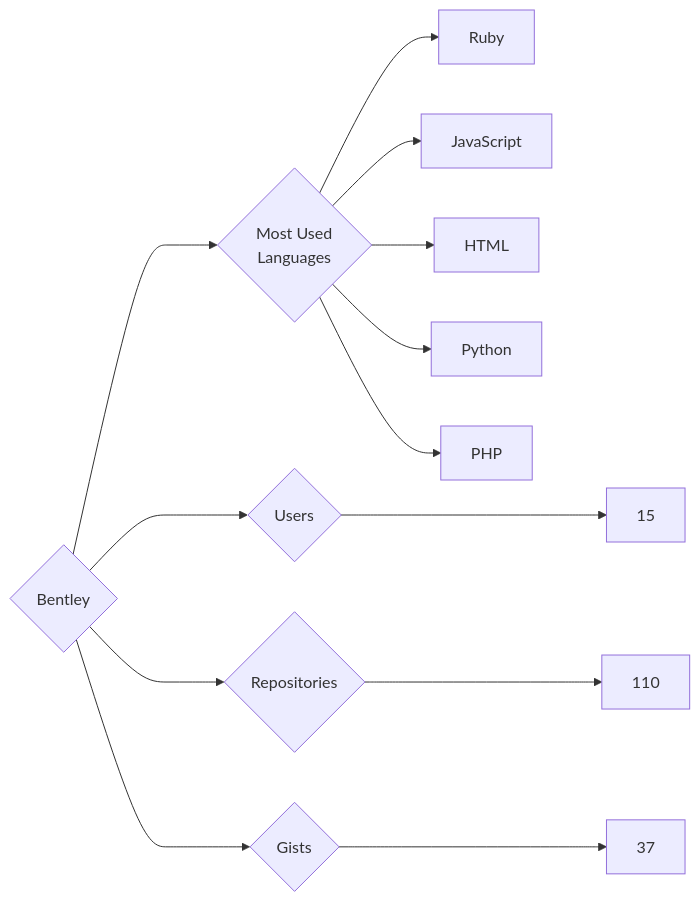
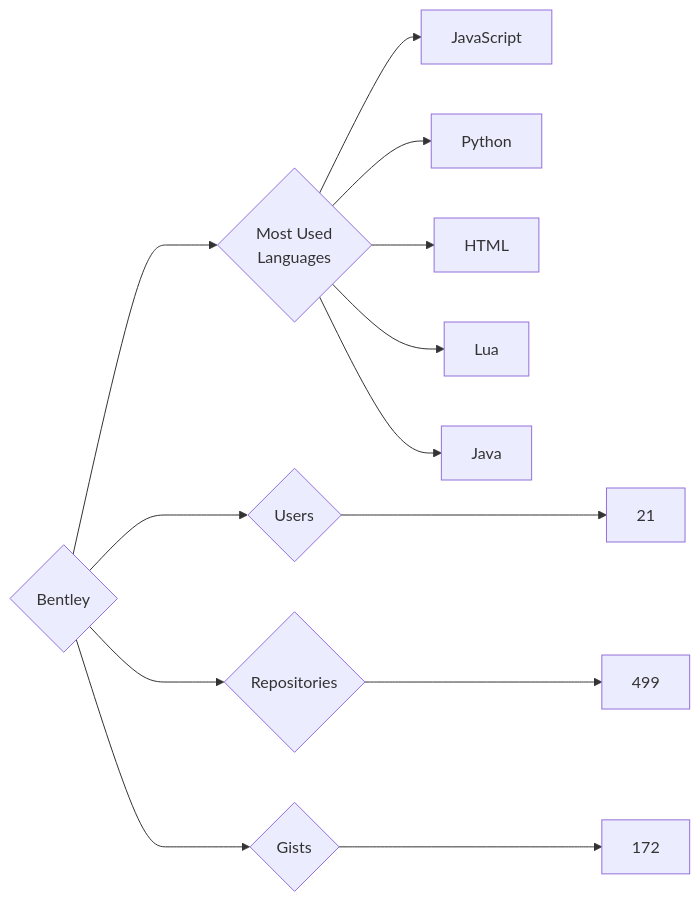
Before and after one commit to trickest/insiders: the diagram in targets/Bentley/README.md, drawn with Mermaid. The commit also changed 757 other files, not shown here.

````diff
--- a/targets/Bentley/README.md
+++ b/targets/Bentley/README.md
@@ -3,13 +3,13 @@
 ```mermaid
 graph LR
 COMPANY_NAME{Bentley}
-COMPANY_NAME ---> U{Users} ---> UN[15]
-COMPANY_NAME ---> R{Repositories} ---> RN[110]
-COMPANY_NAME ---> G{Gists} ---> GN[37]
+COMPANY_NAME ---> U{Users} ---> UN[21]
+COMPANY_NAME ---> R{Repositories} ---> RN[499]
+COMPANY_NAME ---> G{Gists} ---> GN[172]
 COMPANY_NAME ---> ML{Most Used<br>Languages}
-ML --> Ruby[Ruby]
 ML --> JavaScript[JavaScript]
+ML --> Python[Python]
 ML --> HTML[HTML]
-ML --> Python[Python]
-ML --> PHP[PHP]
+ML --> Lua[Lua]
+ML --> Java[Java]
 ```
````
